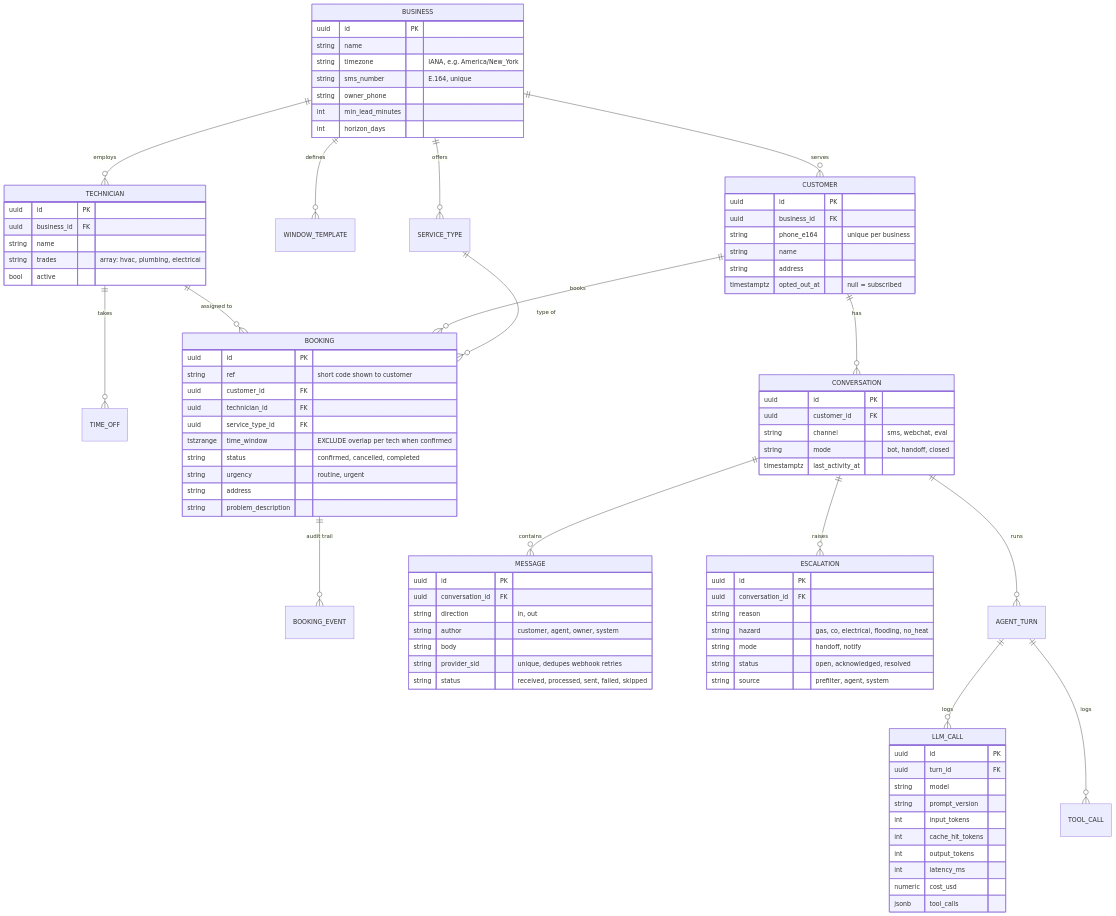
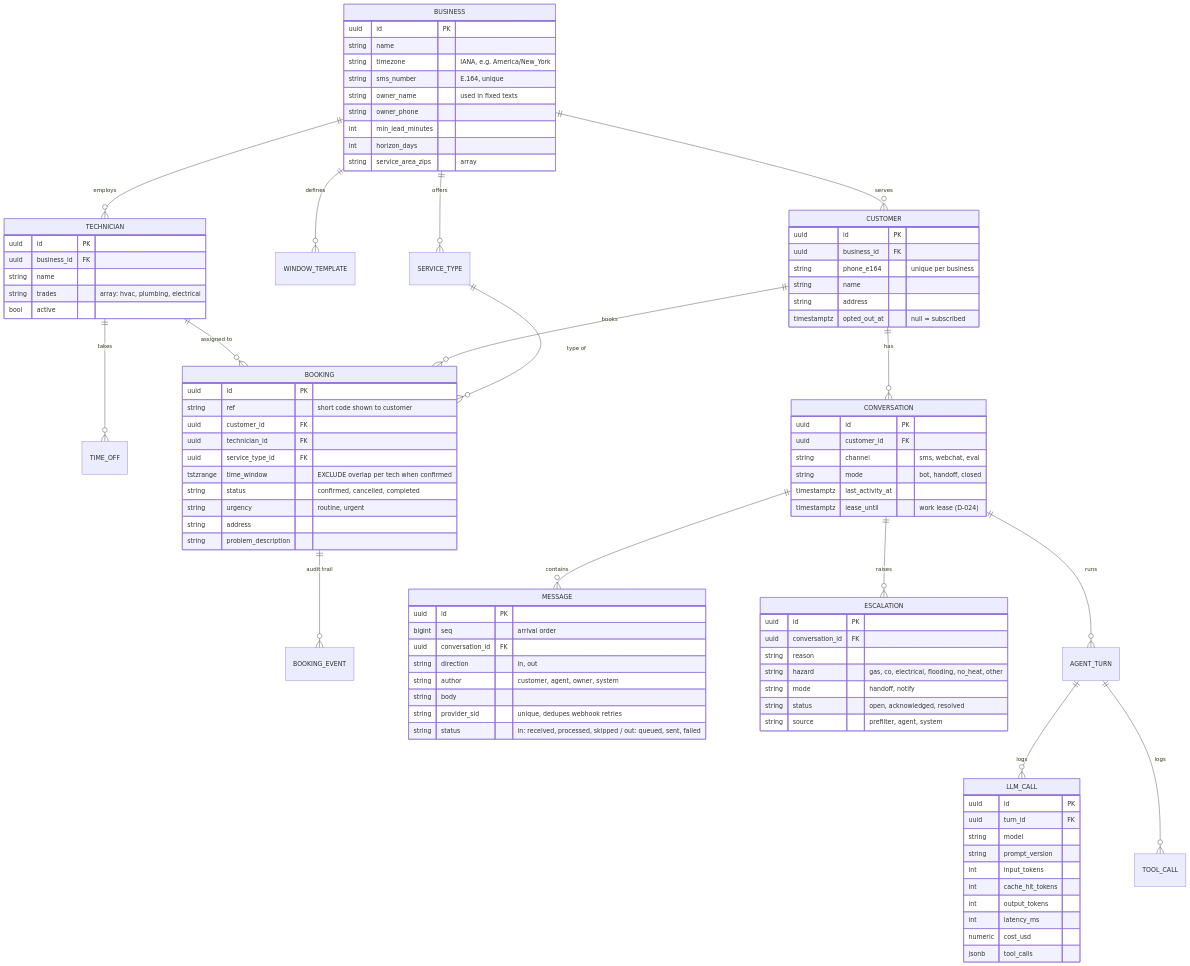
Before and after one commit to anuj13579/sms-booking-agent: the third of 3 diagrams in docs/DESIGN.md, drawn with Mermaid. The commit also changed other lines of this file and 5 other files, not shown here.

```diff
--- a/docs/DESIGN.md
+++ b/docs/DESIGN.md
@@ -226,9 +233,11 @@
     string name
     string timezone "IANA, e.g. America/New_York"
     string sms_number "E.164, unique"
+    string owner_name "used in fixed texts"
     string owner_phone
     int min_lead_minutes
     int horizon_days
+    string service_area_zips "array"
   }
   TECHNICIAN {
     uuid id PK
@@ -263,21 +272,23 @@
     string channel "sms, webchat, eval"
     string mode "bot, handoff, closed"
     timestamptz last_activity_at
+    timestamptz lease_until "work lease (D-024)"
   }
   MESSAGE {
     uuid id PK
+    bigint seq "arrival order"
     uuid conversation_id FK
     string direction "in, out"
     string author "customer, agent, owner, system"
     string body
     string provider_sid "unique, dedupes webhook retries"
-    string status "received, processed, sent, failed, skipped"
+    string status "in: received, processed, skipped / out: queued, sent, failed"
   }
   ESCALATION {
     uuid id PK
     uuid conversation_id FK
     string reason
-    string hazard "gas, co, electrical, flooding, no_heat"
+    string hazard "gas, co, electrical, flooding, no_heat, other"
     string mode "handoff, notify"
     string status "open, acknowledged, resolved"
     string source "prefilter, agent, system"
```
